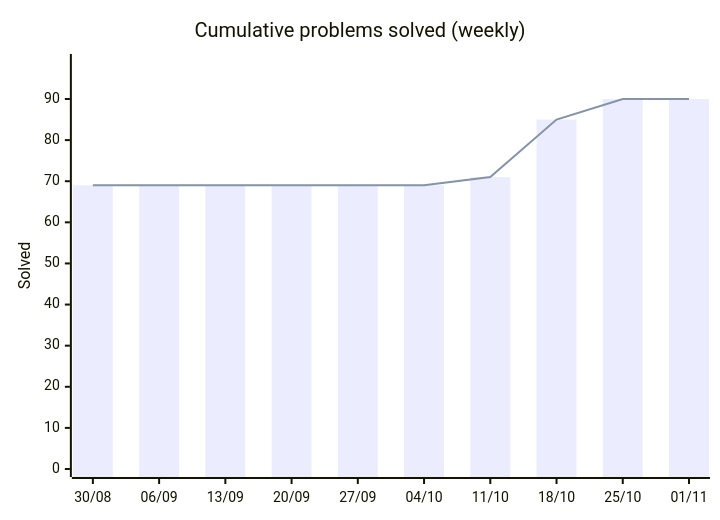
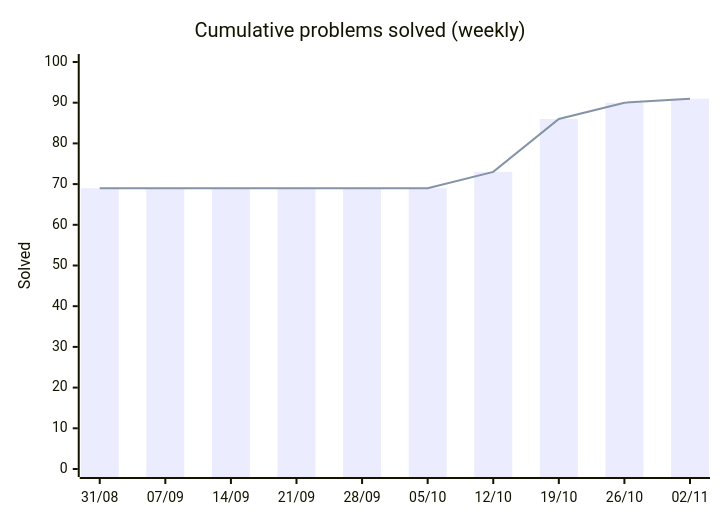
Before and after one commit to HarryTrn/TensorTonic-Solutions: the first of 2 diagrams in README.md, drawn with Mermaid. The commit also changed other lines of this file, not shown here.

````diff
--- a/README.md
+++ b/README.md
@@ -65,8 +65,8 @@
 ```mermaid
 xychart-beta
     title "Cumulative problems solved (weekly)"
-    x-axis ["30/08", "06/09", "13/09", "20/09", "27/09", "04/10", "11/10", "18/10", "25/10", "01/11"]
-    y-axis "Solved" 0 --> 99
-    bar [69, 69, 69, 69, 69, 69, 71, 85, 90, 90]
-    line [69, 69, 69, 69, 69, 69, 71, 85, 90, 90]
+    x-axis ["31/08", "07/09", "14/09", "21/09", "28/09", "05/10", "12/10", "19/10", "26/10", "02/11"]
+    y-axis "Solved" 0 --> 100
+    bar [69, 69, 69, 69, 69, 69, 73, 86, 90, 91]
+    line [69, 69, 69, 69, 69, 69, 73, 86, 90, 91]
 ```
````
